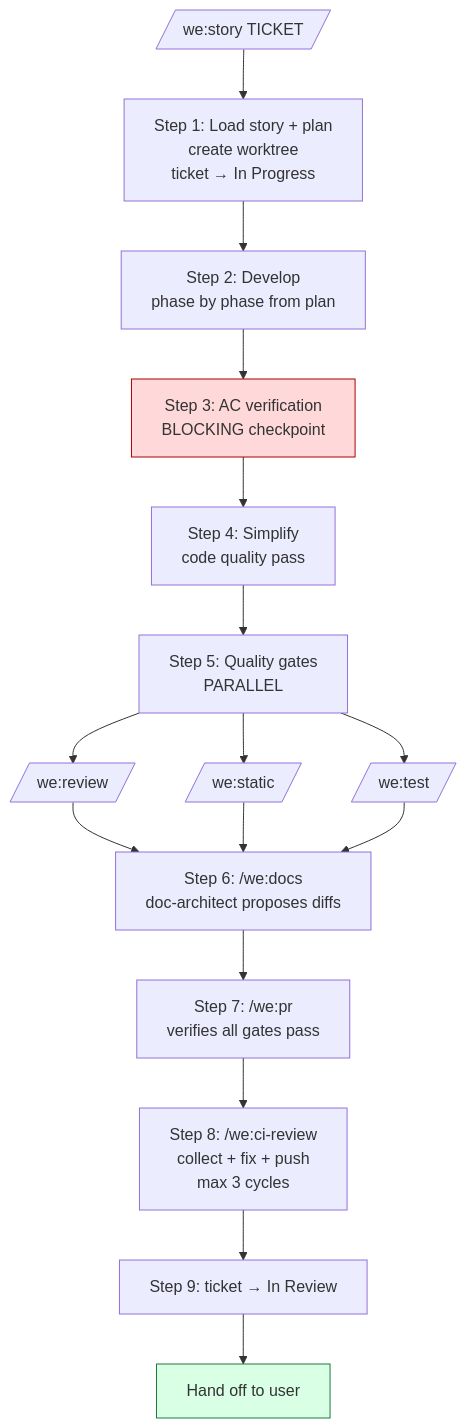
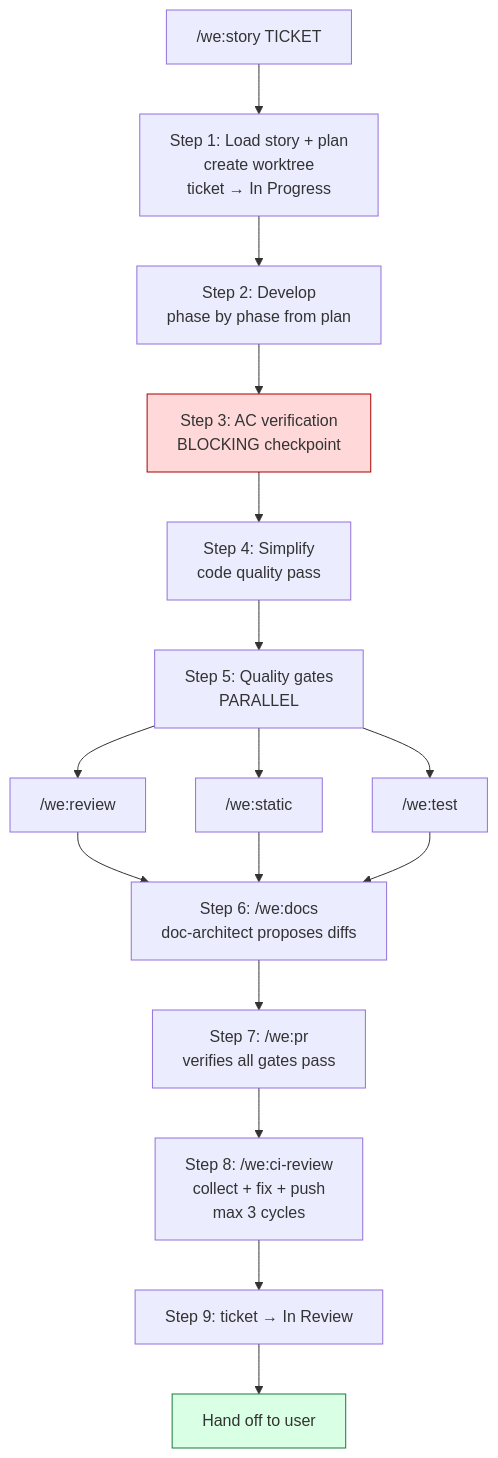
The second of 3 diagrams in docs/workflow.md (weside-ai/claude-code-plugin), drawn with Mermaid before and after one commit. The commit also changed other lines of this file and 4 other files, not shown here.

````diff
--- a/docs/workflow.md
+++ b/docs/workflow.md
@@ -56,19 +56,19 @@
 ```mermaid
 flowchart TB
-    Start[/we:story TICKET/] --> DoR[Step 1: Load story + plan<br/>create worktree<br/>ticket → In Progress]
+    Start["/we:story TICKET"] --> DoR[Step 1: Load story + plan<br/>create worktree<br/>ticket → In Progress]
     DoR --> Dev[Step 2: Develop<br/>phase by phase from plan]
     Dev --> AC[Step 3: AC verification<br/>BLOCKING checkpoint]
     AC --> Simp[Step 4: Simplify<br/>code quality pass]
     Simp --> Gates[Step 5: Quality gates<br/>PARALLEL]
-    Gates --> Review[/we:review/]
-    Gates --> Static[/we:static/]
-    Gates --> Test[/we:test/]
+    Gates --> Review["/we:review"]
+    Gates --> Static["/we:static"]
+    Gates --> Test["/we:test"]
     Review & Static & Test --> Docs[Step 6: /we:docs<br/>doc-architect proposes diffs]
     Docs --> PR[Step 7: /we:pr<br/>verifies all gates pass]
     PR --> CI[Step 8: /we:ci-review<br/>collect + fix + push<br/>max 3 cycles]
     CI --> Verify[Step 9: ticket → In Review]
     Verify --> Hand[Hand off to user]
 
     style AC fill:#ffd9d9,stroke:#aa0000
     style Hand fill:#d9ffe5,stroke:#1a7a3c
 ```
````
